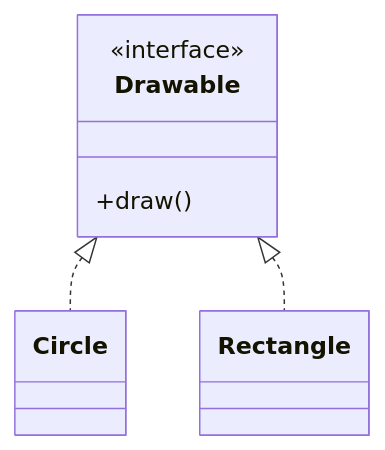
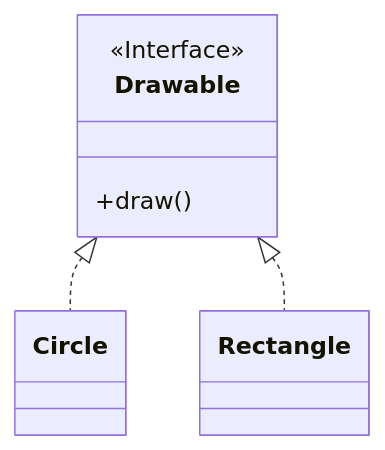
One commit to D1ZZY4/agent-skills changed the eighth of 21 diagrams in mermaid-diagrams-expert/references/class-diagrams.md. Above: the diagram before and after it, drawn with Mermaid. The commit also changed other lines of this file and 9 other files, not shown here.

First line of the commit message:
docs(mermaid-diagrams-expert): modernize references against v12 docs

````diff
--- a/mermaid-diagrams-expert/references/class-diagrams.md
+++ b/mermaid-diagrams-expert/references/class-diagrams.md
@@ -94,9 +101,9 @@
 ```mermaid
 classDiagram
     class Drawable {
-        <<interface>>
+        <<Interface>>
         +draw()
     }
     Drawable <|.. Circle
     Drawable <|.. Rectangle
 ```
````
